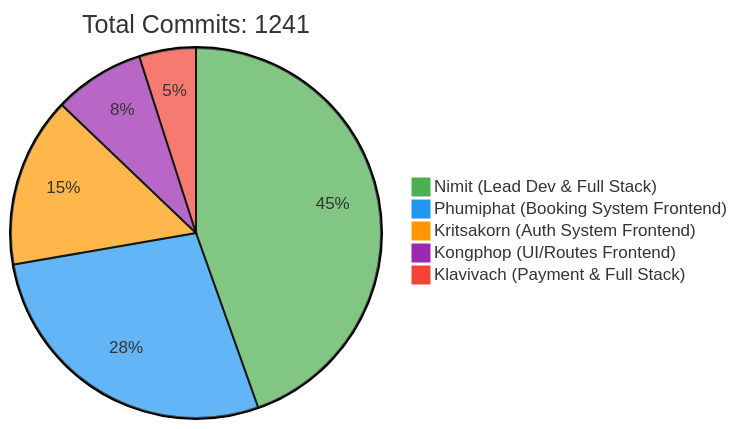
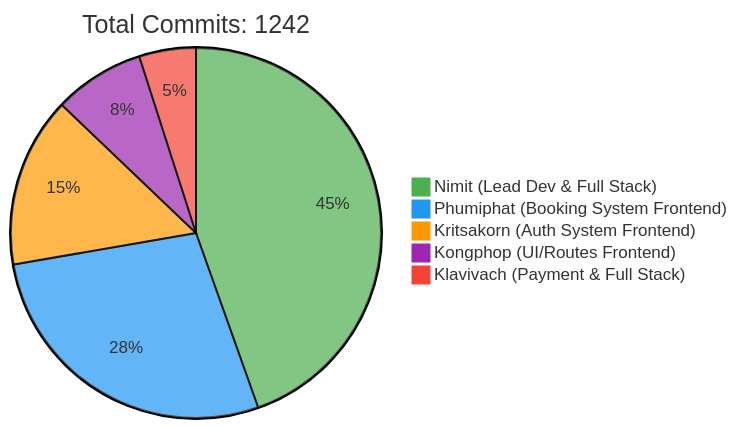
One commit to 6531503042/Sport-Complex changed the first of 2 diagrams in README.md. Above: the diagram before and after it, drawn with Mermaid. The commit also changed other lines of this file, not shown here.

Commit message:
docs: Update contributor statistics [skip ci]

````diff
--- a/README.md
+++ b/README.md
@@ -257,10 +257,10 @@
 ```mermaid
 %%{init: {'theme': 'base', 'themeVariables': { 'pie1': '#4CAF50', 'pie2': '#2196F3', 'pie3': '#FF9800', 'pie4': '#9C27B0', 'pie5': '#F44336'}}}%%
 pie
-    title Total Commits: 1241
+    title Total Commits: 1242
     "Nimit (Lead Dev & Full Stack)" : 450
     "Phumiphat (Booking System Frontend)" : 280
     "Kritsakorn (Auth System Frontend)" : 150
     "Kongphop (UI/Routes Frontend)" : 80
     "Klavivach (Payment & Full Stack)" : 50
 ```
````
